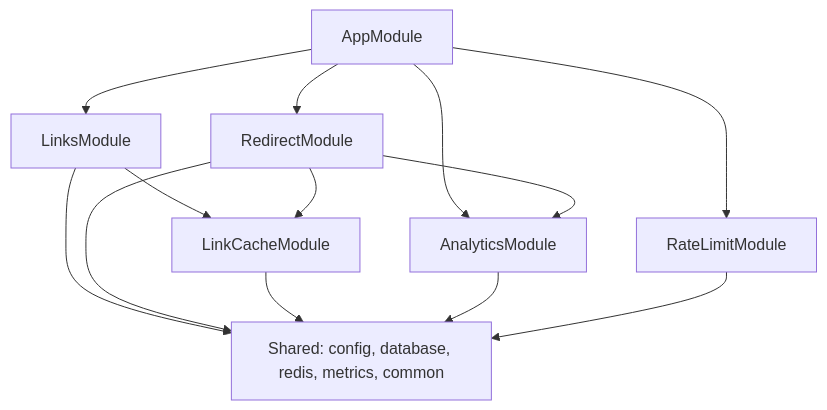
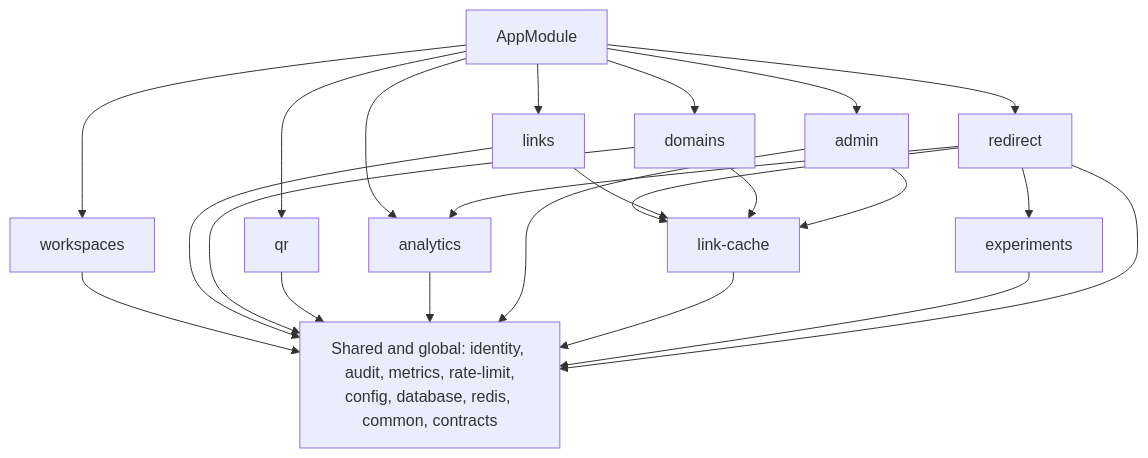
One commit to 3376016376joshua-oss/url-shortener changed the fourth of 4 diagrams in docs/PRD.md. Above: the diagram before and after it, drawn with Mermaid. The commit also changed other lines of this file and 157 other files, not shown here.

````diff
--- a/docs/PRD.md
+++ b/docs/PRD.md
@@ -614,15 +917,26 @@
 ```mermaid
 flowchart TD
-  app[AppModule] --> links[LinksModule]
-  app --> redirect[RedirectModule]
-  app --> analytics[AnalyticsModule]
-  app --> ratelimit[RateLimitModule]
-  links --> linkcache[LinkCacheModule]
-  redirect --> linkcache
+  app[AppModule] --> redirect[redirect]
+  app --> links[links]
+  app --> domains[domains]
+  app --> qr[qr]
+  app --> workspaces[workspaces]
+  app --> analytics[analytics]
+  app --> admin[admin]
+  redirect --> linkcache[link-cache]
+  redirect --> experiments[experiments]
   redirect --> analytics
-  links --> shared[Shared: config, database, redis, metrics, common]
+  links --> linkcache
+  domains --> linkcache
+  admin --> linkcache
+  workspaces --> shared
+  links --> shared
+  domains --> shared
+  qr --> shared
+  analytics --> shared
+  admin --> shared
+  linkcache --> shared
+  experiments --> shared
   redirect --> shared
-  linkcache --> shared
-  analytics --> shared
-  ratelimit --> shared
+  shared[Shared and global: identity, audit, metrics, rate-limit,<br/>config, database, redis, common, contracts]
 ```
````
